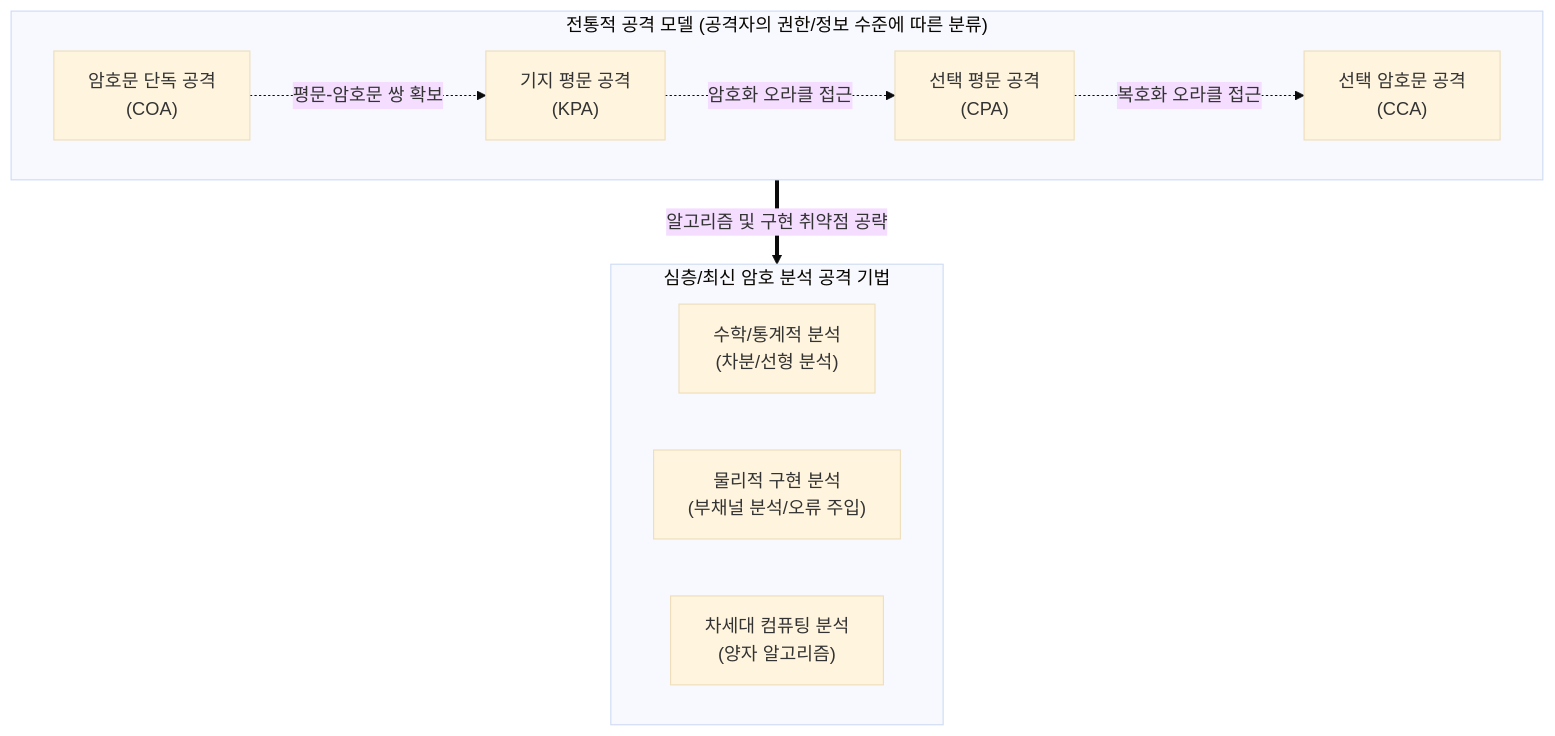
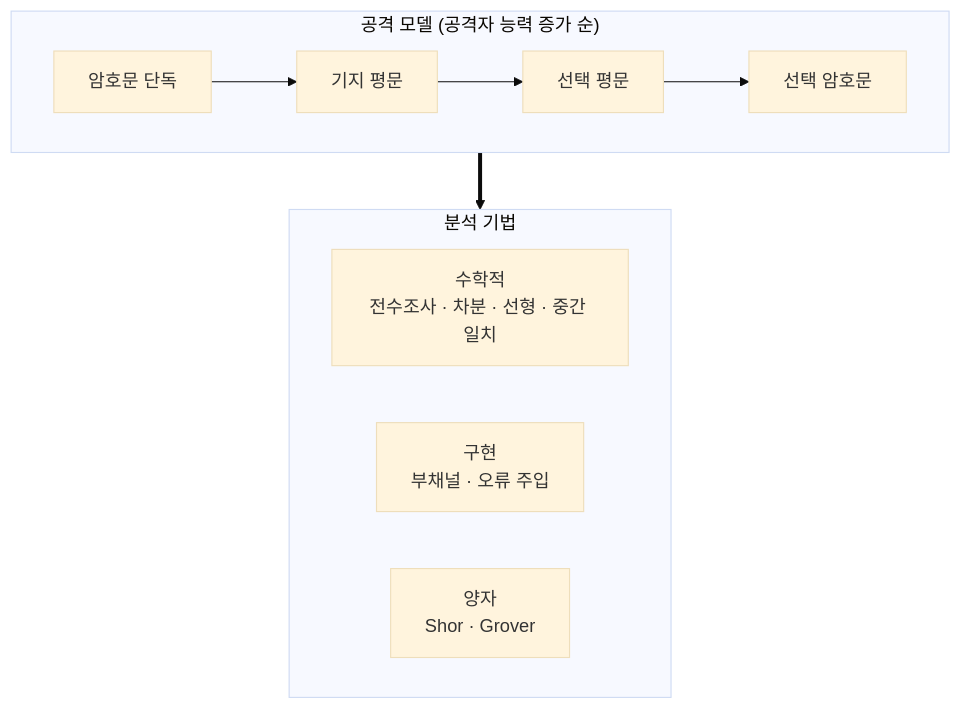
One commit to supremethumb/supremethumb.github.io changed the diagram in content/01_IT Tech/암호 분석 공격 기법.md. Above: the diagram before and after it, drawn with Mermaid (base theme). The commit also changed other lines of this file and 1087 other files, not shown here.

````diff
--- a/content/01_IT Tech/암호 분석 공격 기법.md
+++ b/content/01_IT Tech/암호 분석 공격 기법.md
@@ -26,24 +35,14 @@
 ```mermaid
 flowchart TB
-    subgraph Attack_Capability ["전통적 공격 모델 (공격자의 권한/정보 수준에 따른 분류)"]
+    subgraph MODEL["공격 모델 (공격자 능력 증가 순)"]
         direction LR
-        COA["암호문 단독 공격<br/>(COA)"]
-        KPA["기지 평문 공격<br/>(KPA)"]
-        CPA["선택 평문 공격<br/>(CPA)"]
-        CCA["선택 암호문 공격<br/>(CCA)"]
-        
-        COA -. "평문-암호문 쌍 확보" .-> KPA
-        KPA -. "암호화 오라클 접근" .-> CPA
-        CPA -. "복호화 오라클 접근" .-> CCA
+        COA["암호문 단독"] --> KPA["기지 평문"] --> CPA["선택 평문"] --> CCA["선택 암호문"]
     end
-
-    subgraph Advanced_Analysis ["심층/최신 암호 분석 공격 기법"]
+    subgraph TECH["분석 기법"]
         direction LR
-        Math["수학/통계적 분석<br/>(차분/선형 분석)"]
-        Physical["물리적 구현 분석<br/>(부채널 분석/오류 주입)"]
-        Quantum["차세대 컴퓨팅 분석<br/>(양자 알고리즘)"]
+        M["수학적<br/>전수조사 · 차분 · 선형 · 중간 일치"]
+        P["구현<br/>부채널 · 오류 주입"]
+        Q["양자<br/>Shor · Grover"]
     end
-
-    Attack_Capability ==>|"알고리즘 및 구현 취약점 공략"| Advanced_Analysis
-
+    MODEL ==> TECH
 ```
````
